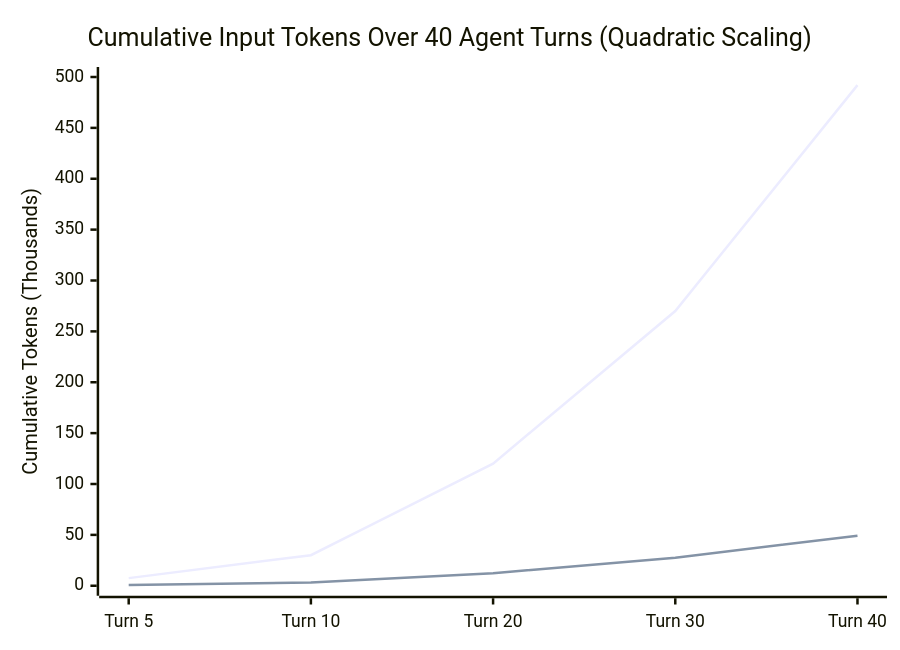
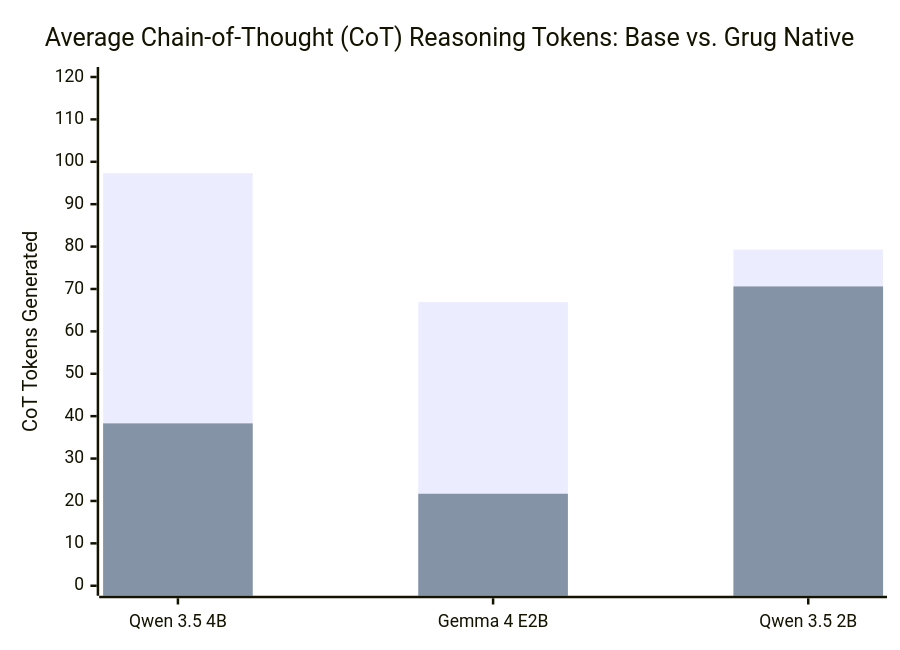
One commit to Nov4Saki/grug-speech-reasoning changed the third of 5 diagrams in reports_and_decisions/grug_speech_technical_report.md. Above: the diagram before and after it, drawn with Mermaid. The commit also changed other lines of this file and 5 other files, not shown here.

Commit message:
docs(report): remake technical report with 11-model isolated benchmark, Grug vs Base proof, and 1-bit Bonsai scaling analysis

````diff
--- a/reports_and_decisions/grug_speech_technical_report.md
+++ b/reports_and_decisions/grug_speech_technical_report.md
@@ -170,8 +109,8 @@
 ```mermaid
 xychart-beta
-    title "Cumulative Input Tokens Over 40 Agent Turns (Quadratic Scaling)"
-    x-axis ["Turn 5", "Turn 10", "Turn 20", "Turn 30", "Turn 40"]
-    y-axis "Cumulative Tokens (Thousands)" 0 --> 500
-    line [7.5, 30.0, 120.0, 270.0, 492.0]
-    line [0.8, 3.1, 12.3, 27.6, 49.2]
+    title "Average Chain-of-Thought (CoT) Reasoning Tokens: Base vs. Grug Native"
+    x-axis ["Qwen 3.5 4B", "Gemma 4 E2B", "Qwen 3.5 2B"]
+    y-axis "CoT Tokens Generated" 0 --> 120
+    bar [97.3, 66.9, 79.3]
+    bar [38.3, 21.7, 70.6]
 ```
````
